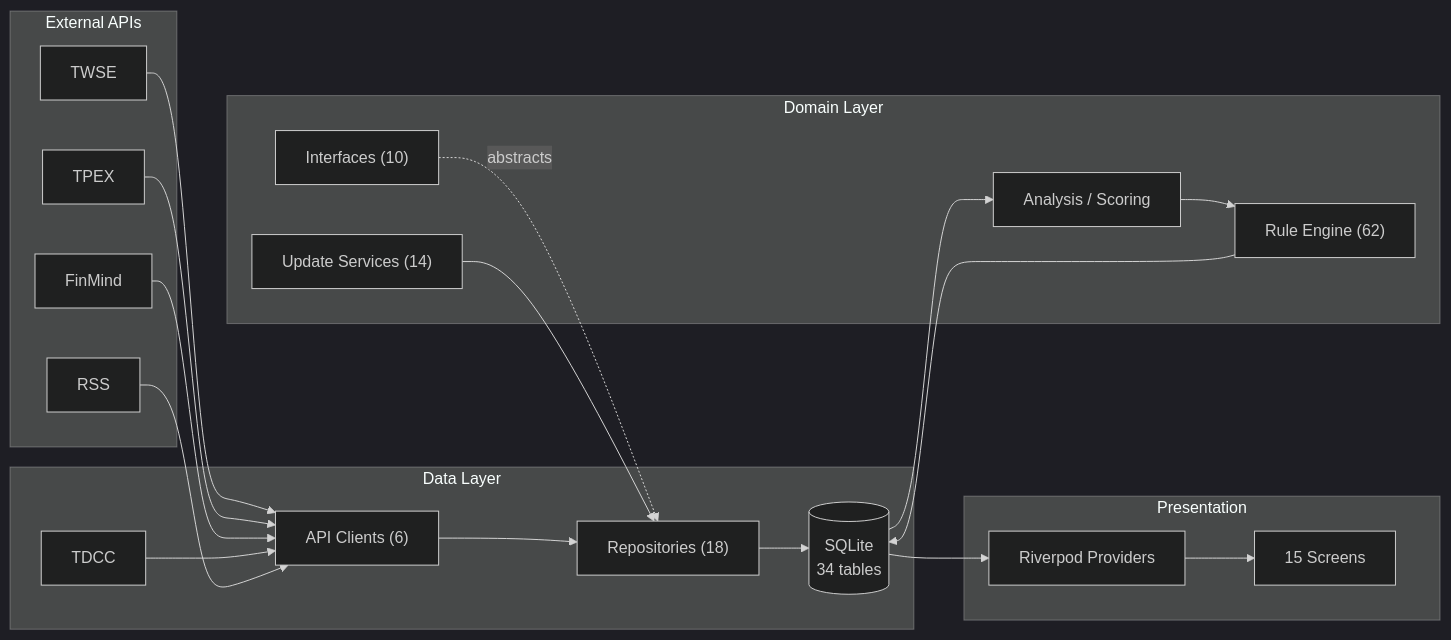
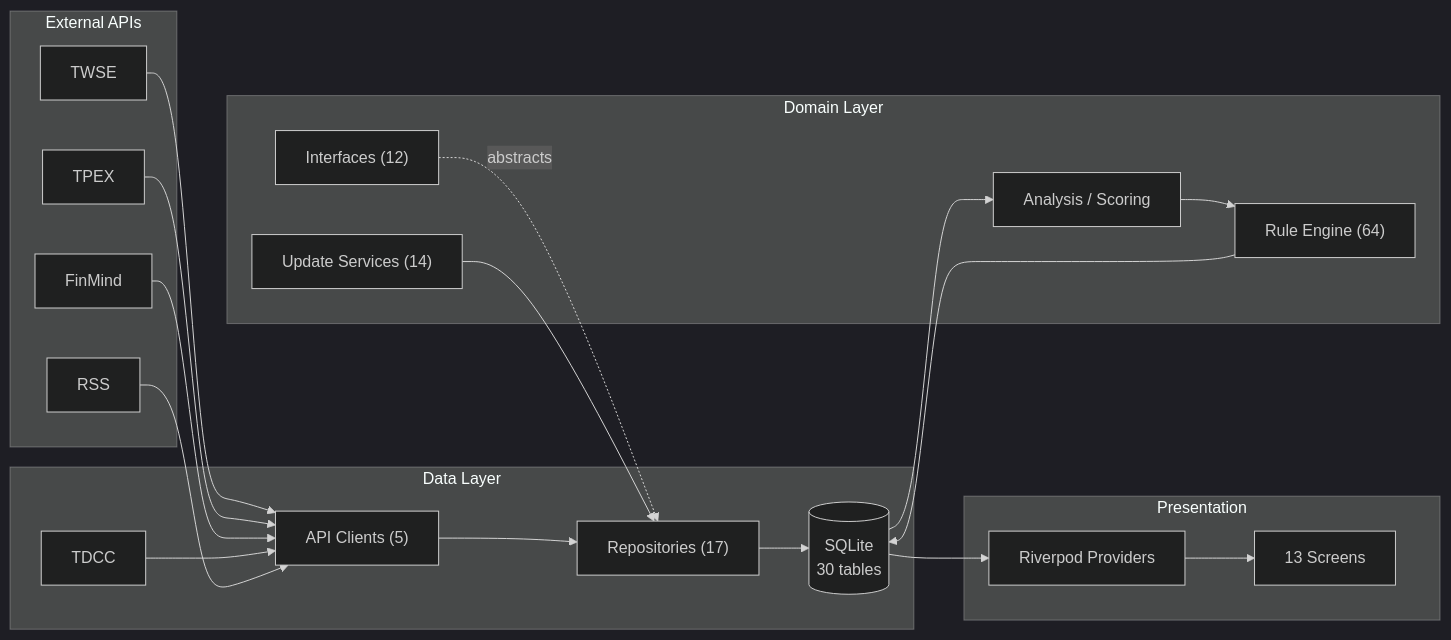
The first of 2 diagrams in README.md (Neal75418/afterclose), drawn with Mermaid before and after one commit. The commit also changed other lines of this file, not shown here.

````diff
--- a/README.md
+++ b/README.md
@@ -90,37 +89,37 @@
 ```mermaid
 %%{init: {'theme': 'dark'}}%%
 flowchart LR
     subgraph External["External APIs"]
         TWSE["TWSE"]
         TPEX["TPEX"]
         FM["FinMind"]
         RSS["RSS"]
     end
 
     subgraph Data["Data Layer"]
-        Remote["API Clients (6)"]
-        Repo["Repositories (18)"]
+        Remote["API Clients (5)"]
+        Repo["Repositories (17)"]
         TDCC["TDCC"]
-        DB[("SQLite\n34 tables")]
+        DB[("SQLite\n30 tables")]
     end
 
     subgraph Domain["Domain Layer"]
-        IF["Interfaces (10)"]
+        IF["Interfaces (12)"]
         Services["Analysis / Scoring"]
-        Rules["Rule Engine (62)"]
+        Rules["Rule Engine (64)"]
         Update["Update Services (14)"]
     end
 
     subgraph Presentation["Presentation"]
         Provider["Riverpod Providers"]
-        UI["15 Screens"]
+        UI["13 Screens"]
     end
 
     TWSE & TPEX & FM & TDCC & RSS --> Remote
     Remote --> Repo --> DB
     IF -.->|abstracts| Repo
     DB --> Services --> Rules
     Rules --> DB
     Update --> Repo
     DB --> Provider --> UI
 ```
````
